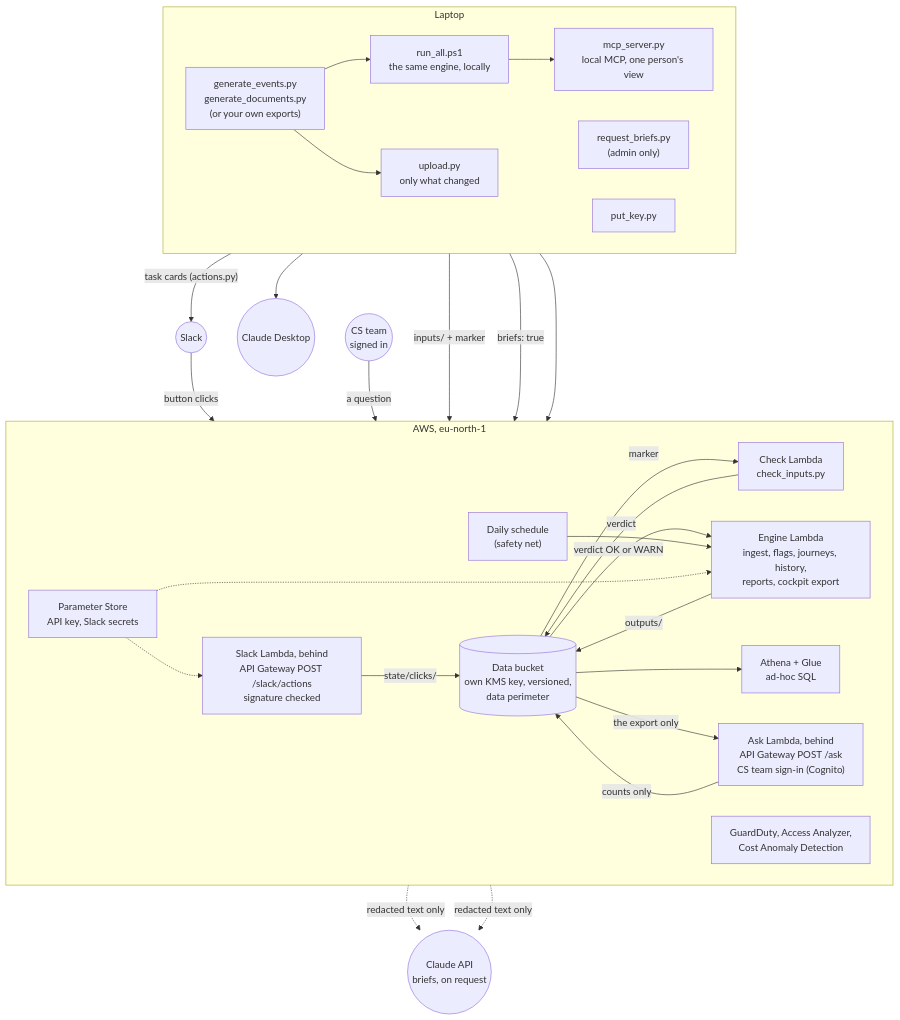
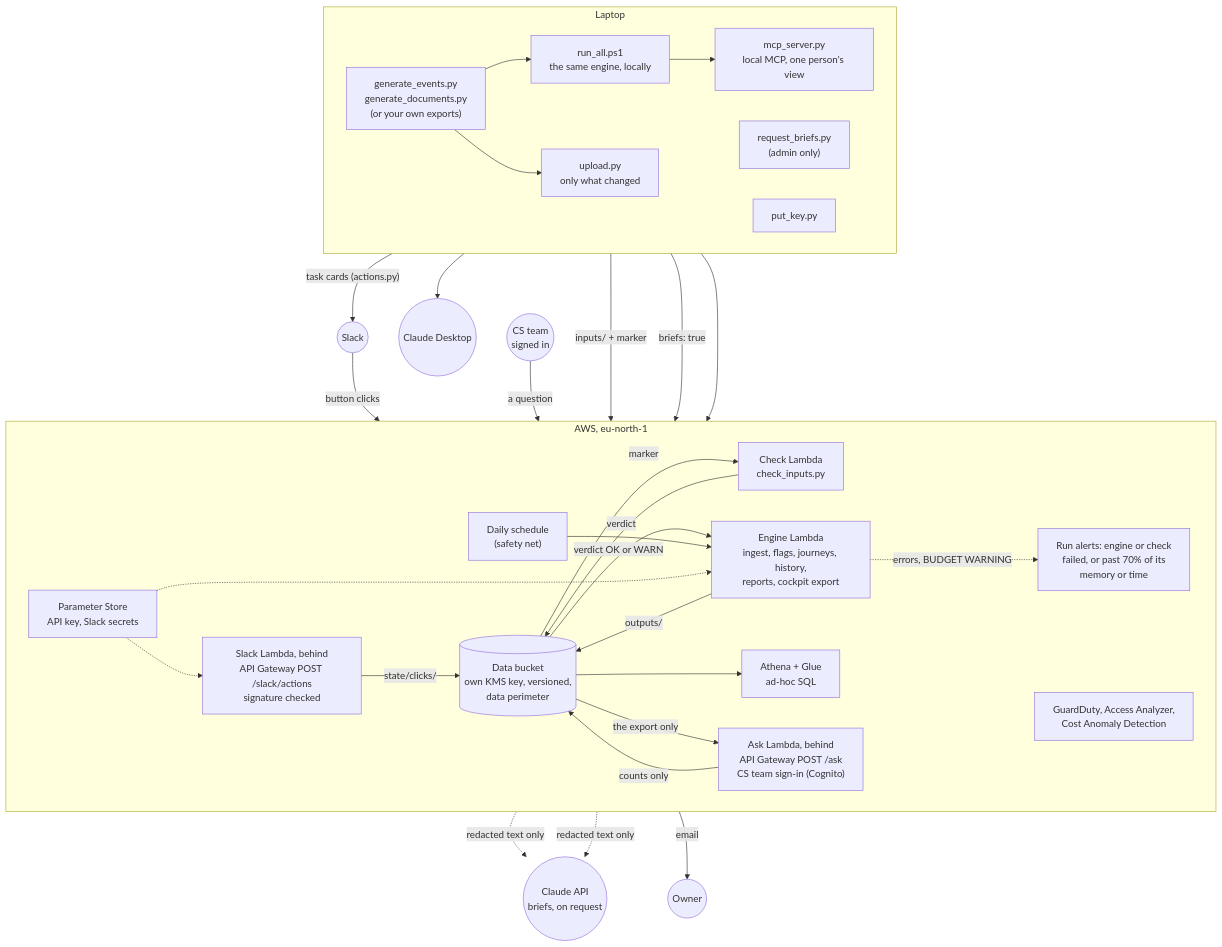
The first of 2 diagrams in README.md (nikodemlaskowskitech-boop/engagement-engine), drawn with Mermaid before and after one commit. The commit also changed other lines of this file and 10 other files, not shown here.

First line of the commit message:
Run safeguards: budgets in run.json, alerts by email, one-command deploy with a real run (#264)

````diff
--- a/README.md
+++ b/README.md
@@ -83,46 +83,48 @@
 ```mermaid
 flowchart TB
   subgraph laptop["Laptop"]
     direction LR
     gen["generate_events.py<br/>generate_documents.py<br/>(or your own exports)"]
     run["run_all.ps1<br/>the same engine, locally"]
     up["upload.py<br/>only what changed"]
     rb["request_briefs.py<br/>(admin only)"]
     key["put_key.py"]
     mcp["mcp_server.py<br/>local MCP, one person's view"]
   end
   subgraph aws["AWS, eu-north-1"]
     direction LR
     s3[("Data bucket<br/>own KMS key, versioned,<br/>data perimeter")]
     chk["Check Lambda<br/>check_inputs.py"]
     eng["Engine Lambda<br/>ingest, flags, journeys, history,<br/>reports, cockpit export"]
     sch["Daily schedule<br/>(safety net)"]
     sl["Slack Lambda, behind<br/>API Gateway POST /slack/actions<br/>signature checked"]
     ask["Ask Lambda, behind<br/>API Gateway POST /ask<br/>CS team sign-in (Cognito)"]
     ssm["Parameter Store<br/>API key, Slack secrets"]
     ath["Athena + Glue<br/>ad-hoc SQL"]
     sec["GuardDuty, Access Analyzer,<br/>Cost Anomaly Detection"]
+    alarm["Run alerts: engine or check<br/>failed, or past 70% of its<br/>memory or time"]
   end
   slack(("Slack"))
   llm(("Claude API<br/>briefs, on request"))
   desk(("Claude Desktop"))
 
   gen --> run
   gen --> up -->|"inputs/ + marker"| s3
   s3 -->|marker| chk -->|verdict| s3
   s3 -->|"verdict OK or WARN"| eng
   sch --> eng
   rb -->|"briefs: true"| eng
   eng -->|"outputs/"| s3
   eng -.->|"redacted text only"| llm
   key --> ssm
   ssm -.-> eng
   ssm -.-> sl
   run -->|"task cards (actions.py)"| slack
   slack -->|button clicks| sl -->|"state/clicks/"| s3
   s3 --> ath
+  eng -.->|"errors, BUDGET WARNING"| alarm -->|email| owner(("Owner"))
   run --> mcp --> desk
   team(("CS team<br/>signed in")) -->|"a question"| ask
   s3 -->|"the export only"| ask -->|"counts only"| s3
   ask -.->|"redacted text only"| llm
 ```
````
